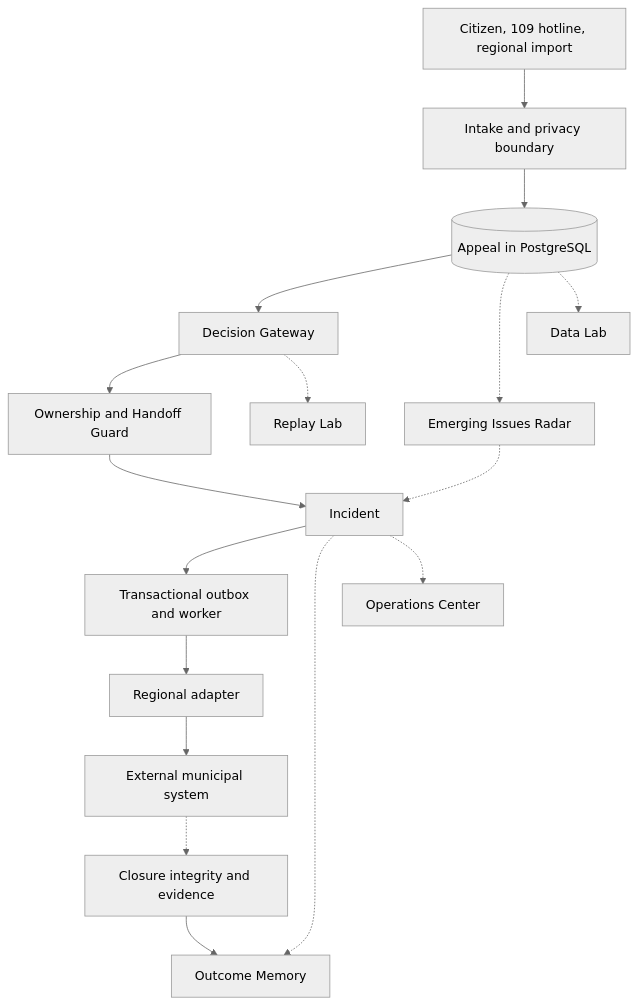
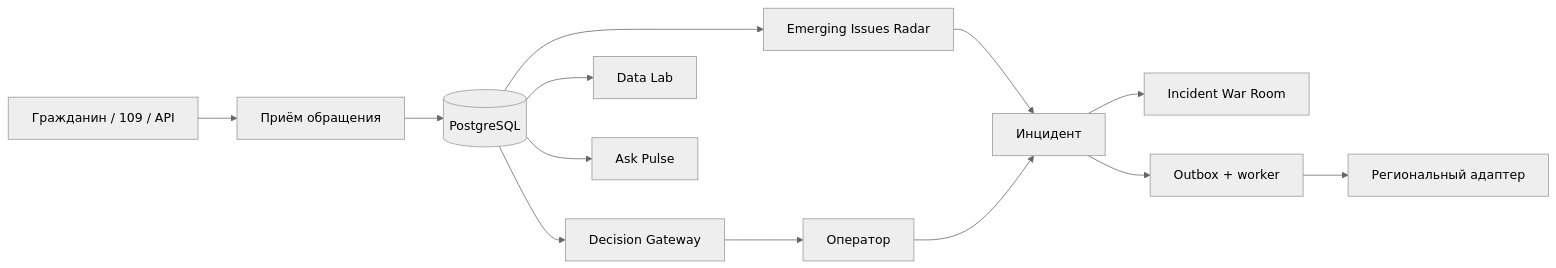
The diagram in README.md (BAITC-Hacks/hack-803e2c8f-baash), drawn with Mermaid (neutral theme) before and after one commit. The commit also changed other lines of this file and 3 other files, not shown here.

````diff
--- a/README.md
+++ b/README.md
@@ -39,20 +67,15 @@
 ```mermaid
-flowchart TD
-    C[Citizen, 109 hotline, regional import] --> I[Intake and privacy boundary]
-    I --> A[(Appeal in PostgreSQL)]
-    A --> G[Decision Gateway]
-    G --> O[Ownership and Handoff Guard]
-    O --> N[Incident]
-    N --> W[Transactional outbox and worker]
-    W --> X[Regional adapter]
-    X --> E[External municipal system]
-
-    A -.-> R[Emerging Issues Radar]
-    R -.-> N
-    N -.-> M[Outcome Memory]
-    E -.-> V[Closure integrity and evidence]
-    V --> M
-    A -.-> D[Data Lab]
-    N -.-> P[Operations Center]
-    G -.-> L[Replay Lab]
+flowchart LR
+    A[Гражданин / 109 / API] --> B[Приём обращения]
+    B --> C[(PostgreSQL)]
+    C --> D[Decision Gateway]
+    D --> E[Оператор]
+    C --> R[Emerging Issues Radar]
+    R --> I[Инцидент]
+    E --> I
+    I --> W[Incident War Room]
+    I --> O[Outbox + worker]
+    O --> X[Региональный адаптер]
+    C --> L[Data Lab]
+    C --> P[Ask Pulse]
 ```
````
